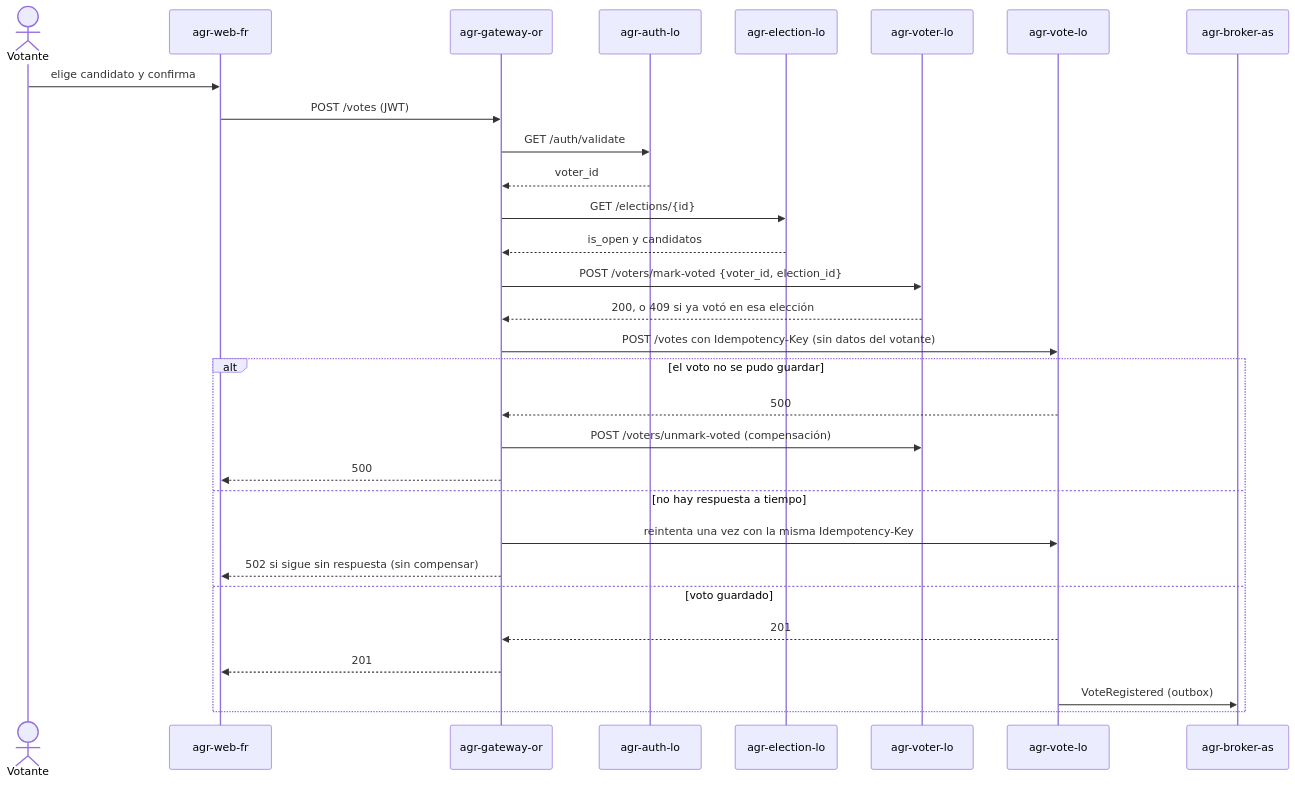
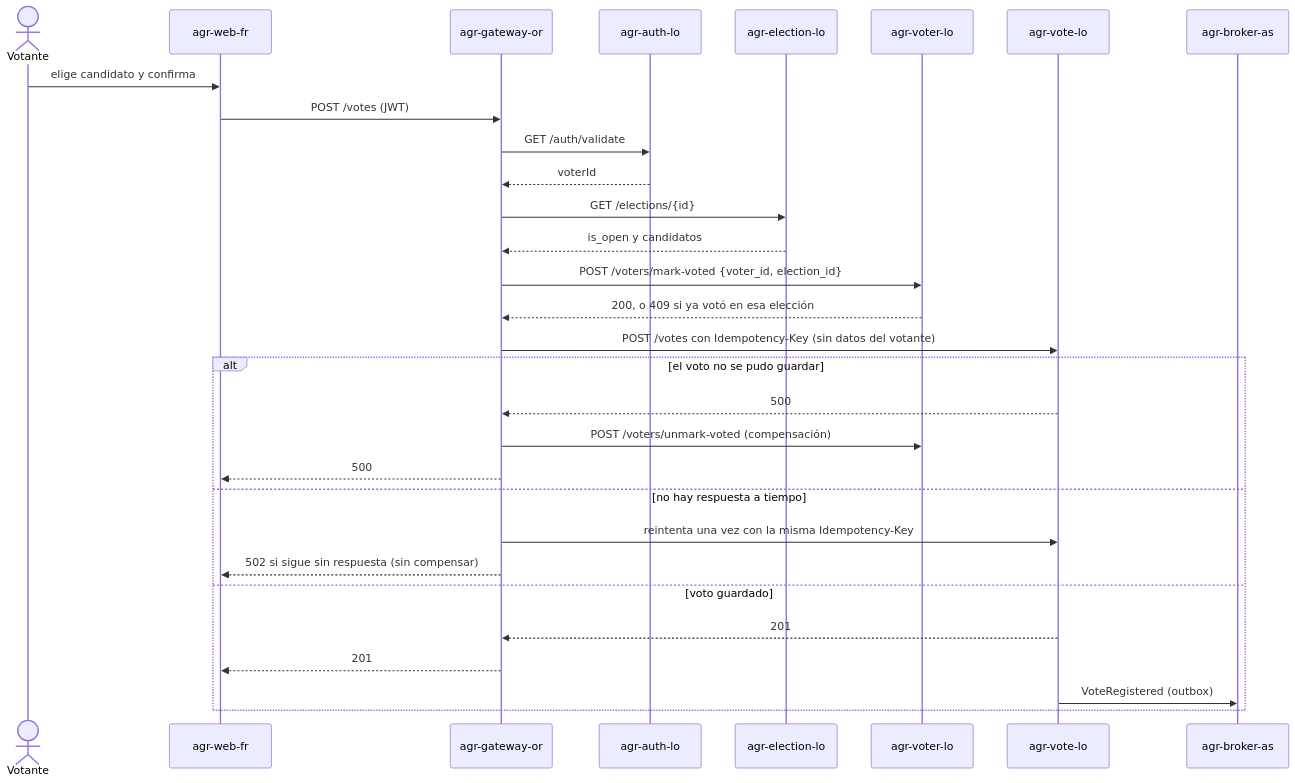
The third of 4 diagrams in README.md (Cam152/ArquiSoft), drawn with Mermaid before and after one commit. The commit also changed other lines of this file, not shown here.

````diff
--- a/README.md
+++ b/README.md
@@ -693,32 +742,32 @@
 ```mermaid
 sequenceDiagram
   actor V as Votante
   participant W as agr-web-fr
   participant G as agr-gateway-or
   participant U as agr-auth-lo
   participant E as agr-election-lo
   participant O as agr-voter-lo
   participant T as agr-vote-lo
   participant B as agr-broker-as
   V->>W: elige candidato y confirma
   W->>G: POST /votes (JWT)
   G->>U: GET /auth/validate
-  U-->>G: voter_id
+  U-->>G: voterId
   G->>E: GET /elections/{id}
   E-->>G: is_open y candidatos
   G->>O: POST /voters/mark-voted {voter_id, election_id}
   O-->>G: 200, o 409 si ya votó en esa elección
   G->>T: POST /votes con Idempotency-Key (sin datos del votante)
   alt el voto no se pudo guardar
     T-->>G: 500
     G->>O: POST /voters/unmark-voted (compensación)
     G-->>W: 500
   else no hay respuesta a tiempo
     G->>T: reintenta una vez con la misma Idempotency-Key
     G-->>W: 502 si sigue sin respuesta (sin compensar)
   else voto guardado
     T-->>G: 201
     G-->>W: 201
     T->>B: VoteRegistered (outbox)
   end
 ```
````
